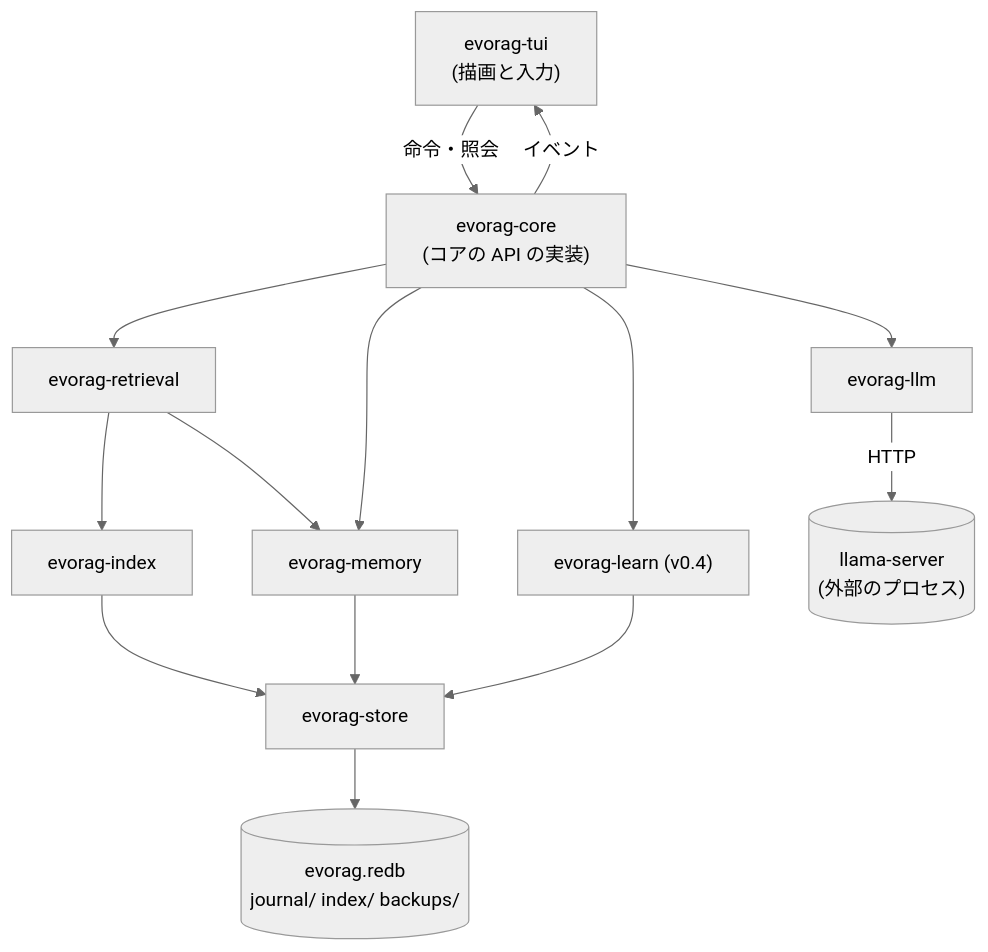
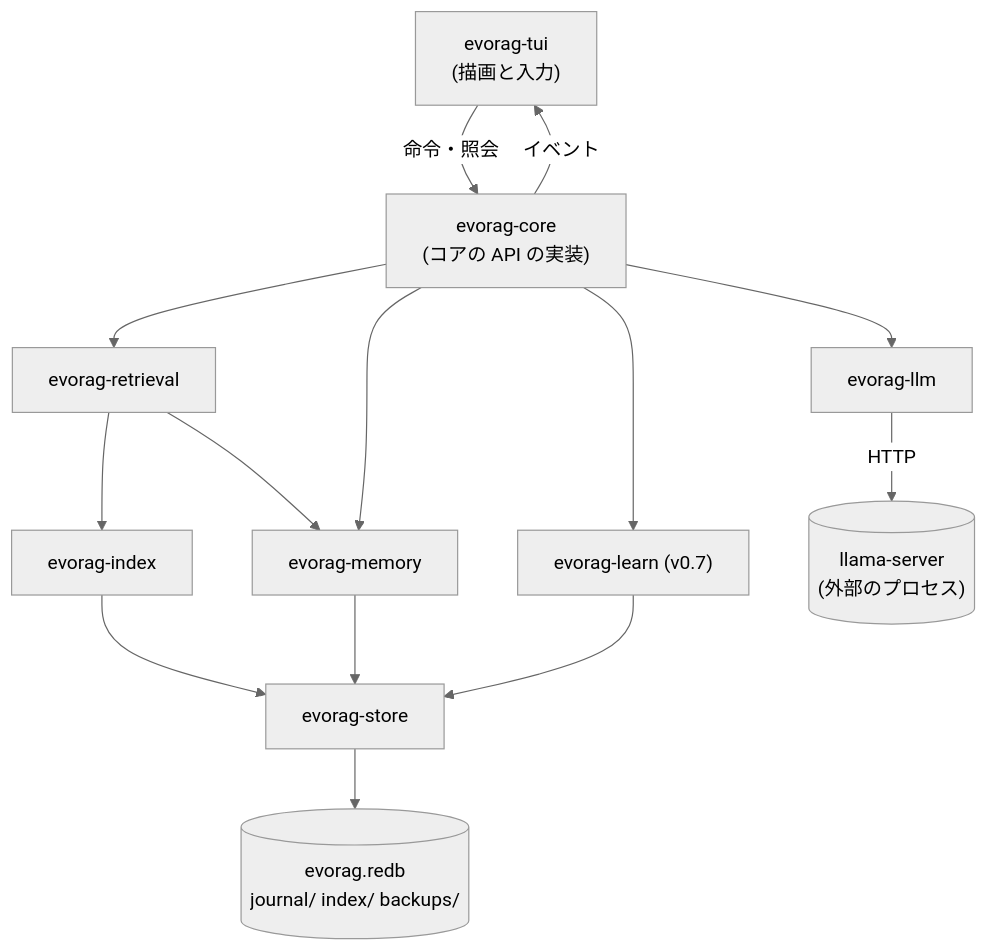
One commit to evoref/evorag changed the diagram in docs/02-architecture.md. Above: the diagram before and after it, drawn with Mermaid (neutral theme). The commit also changed other lines of this file and 13 other files, not shown here.

````diff
--- a/docs/02-architecture.md
+++ b/docs/02-architecture.md
@@ -21,16 +21,16 @@
 ```mermaid
 flowchart TB
     TUI["evorag-tui<br/>(描画と入力)"] -- 命令・照会 --> CORE["evorag-core<br/>(コアの API の実装)"]
     CORE -- イベント --> TUI
     CORE --> RET["evorag-retrieval"]
     CORE --> MEM["evorag-memory"]
-    CORE --> LEARN["evorag-learn (v0.4)"]
+    CORE --> LEARN["evorag-learn (v0.7)"]
     CORE --> LLM["evorag-llm"]
     RET --> IDX["evorag-index"]
     RET --> MEM
     MEM --> STORE["evorag-store"]
     LEARN --> STORE
     IDX --> STORE
     LLM -- HTTP --> SRV[("llama-server<br/>(外部のプロセス)")]
     STORE --> DB[("evorag.redb<br/>journal/ index/ backups/")]
 ```
````
